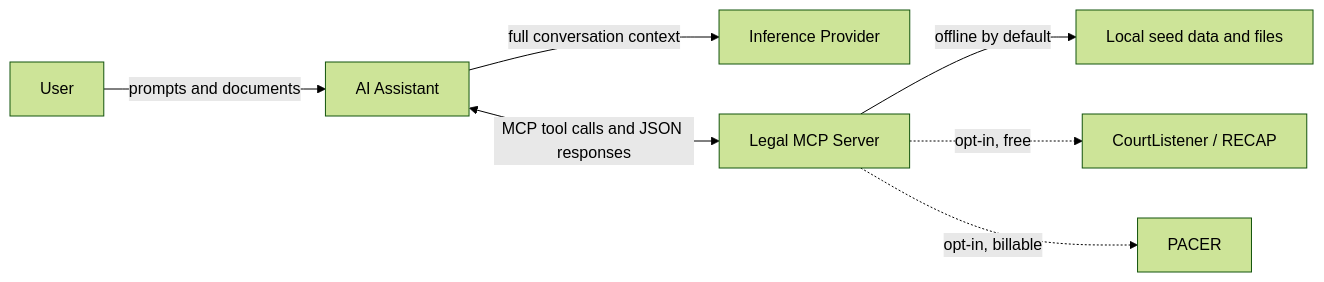
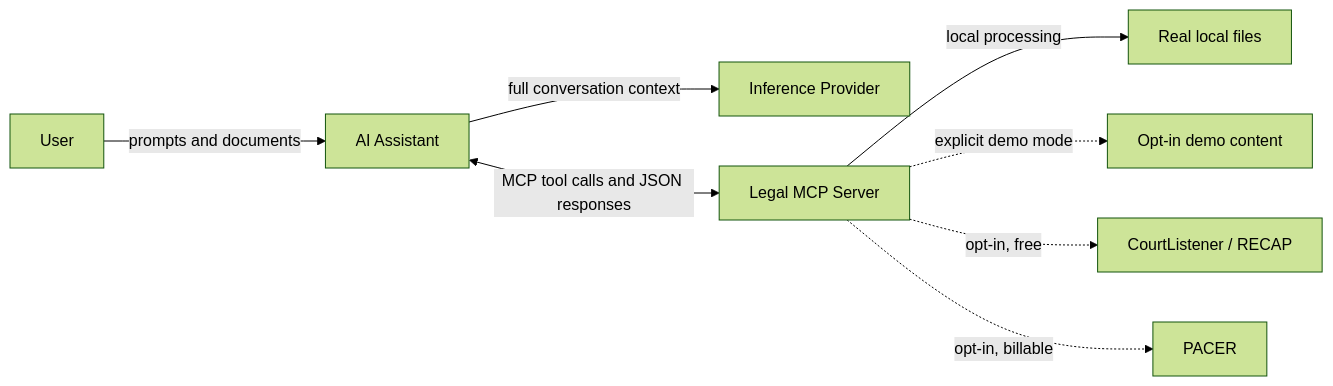
One commit to agentic-ops/legal-mcp changed the diagram in README.md. Above: the diagram before and after it, drawn with Mermaid (forest theme). The commit also changed other lines of this file and 35 other files, not shown here.

Commit message:
Release 1.1.0 with production-safe demo mode

````diff
--- a/README.md
+++ b/README.md
@@ -44,17 +45,19 @@
 ```mermaid
 flowchart LR
   user[User]
   aiClient[AI Assistant]
   inference[Inference Provider]
   mcpServer[Legal MCP Server]
-  localData[Local seed data and files]
+  localData[Real local files]
+  demoData[Opt-in demo content]
   courtlistener[CourtListener / RECAP]
   pacer[PACER]
 
   user -->|"prompts and documents"| aiClient
   aiClient -->|"full conversation context"| inference
   aiClient <-->|"MCP tool calls and JSON responses"| mcpServer
-  mcpServer -->|"offline by default"| localData
+  mcpServer -->|"local processing"| localData
+  mcpServer -.->|"explicit demo mode"| demoData
   mcpServer -.->|"opt-in, free"| courtlistener
   mcpServer -.->|"opt-in, billable"| pacer
 ```
````
